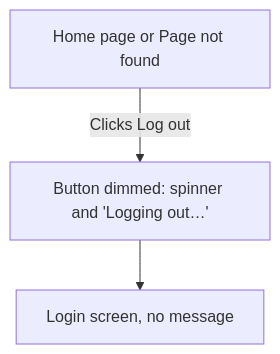
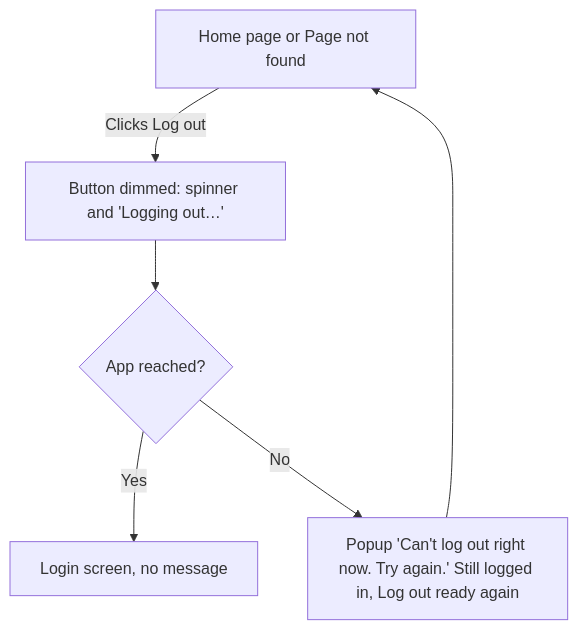
Before and after one commit to football-toolkit/squadhopper: the third of 3 diagrams in openspec/changes/65-login-logout/design.md, drawn with Mermaid. The commit also changed other lines of this file and 3 other files, not shown here.

First line of the commit message:
docs: show a popup when logging out can't reach the app

````diff
--- a/openspec/changes/65-login-logout/design.md
+++ b/openspec/changes/65-login-logout/design.md
@@ -67,5 +67,8 @@
 ```mermaid
 flowchart TD
     H[Home page or Page not found] -->|Clicks Log out| W[Button dimmed: spinner and 'Logging out…']
-    W --> L[Login screen, no message]
+    W --> R{App reached?}
+    R -- Yes --> L[Login screen, no message]
+    R -- No --> E[Popup 'Can't log out right now. Try again.' Still logged in, Log out ready again]
+    E --> H
 ```
````
